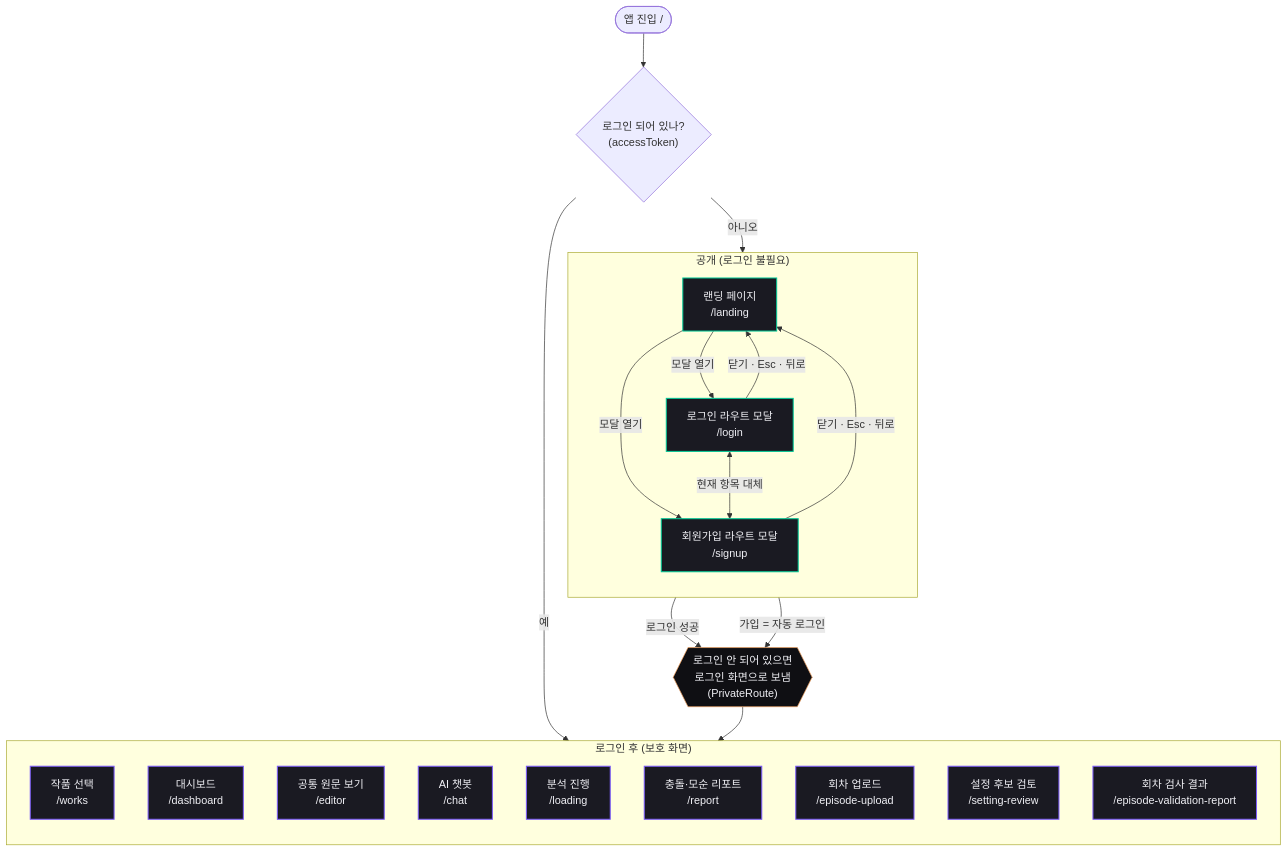
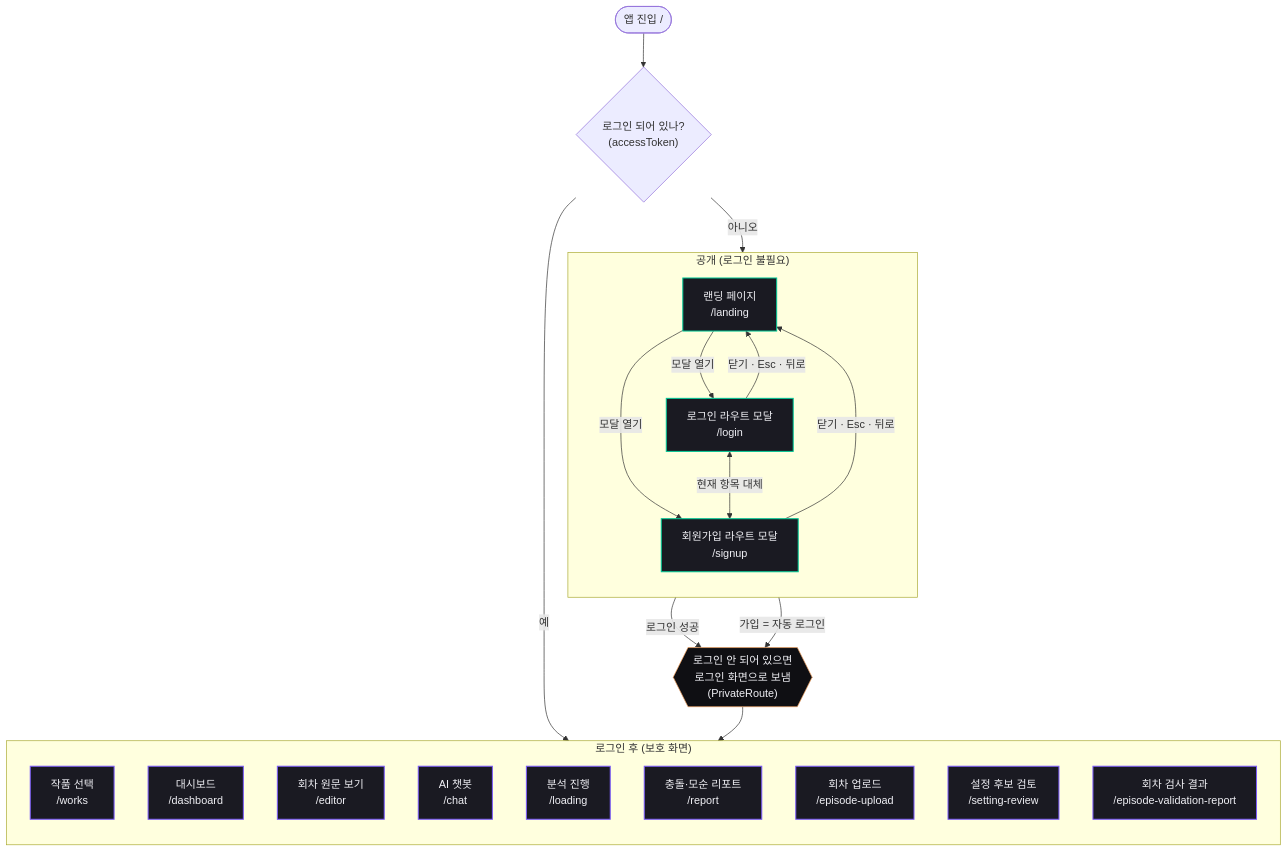
Before and after one commit to catchhole-soma/catchhole-front: the second of 7 diagrams in docs/screen-flow.md, drawn with Mermaid. The commit also changed other lines of this file and 11 other files, not shown here.

````diff
--- a/docs/screen-flow.md
+++ b/docs/screen-flow.md
@@ -70,46 +70,46 @@
 ```mermaid
 flowchart TD
   entry(["앱 진입 /"]) --> root{"로그인 되어 있나?<br/>(accessToken)"}
   root -- "아니오" --> landing
   root -- "예" --> works
 
   subgraph PUBLIC["공개 (로그인 불필요)"]
     direction TB
     landing["랜딩 페이지<br/>/landing"]
     login["로그인 라우트 모달<br/>/login"]
     signup["회원가입 라우트 모달<br/>/signup"]
   end
 
   landing -- "모달 열기" --> login
   landing -- "모달 열기" --> signup
   login <-->|"현재 항목 대체"| signup
   login -- "닫기 · Esc · 뒤로" --> landing
   signup -- "닫기 · Esc · 뒤로" --> landing
 
   login -- "로그인 성공" --> gate
   signup -- "가입 = 자동 로그인" --> gate
 
   gate{{"로그인 안 되어 있으면<br/>로그인 화면으로 보냄<br/>(PrivateRoute)"}}:::decision
 
   subgraph PRIVATE["로그인 후 (보호 화면)"]
     direction TB
     works["작품 선택<br/>/works"]
     dashboard["대시보드<br/>/dashboard"]
-    editor["공통 원문 보기<br/>/editor"]
+    editor["회차 원문 보기<br/>/editor"]
     chat["AI 챗봇<br/>/chat"]
     loading["분석 진행<br/>/loading"]
     report["충돌·모순 리포트<br/>/report"]
     upload["회차 업로드<br/>/episode-upload"]
     review["설정 후보 검토<br/>/setting-review"]
     valreport["회차 검사 결과<br/>/episode-validation-report"]
   end
 
   gate --> works
 
   classDef public fill:#1A1A22,stroke:#00C896,stroke-width:1.5px,color:#F0F0F5;
   classDef private fill:#1A1A22,stroke:#7C5CFC,stroke-width:1.5px,color:#F0F0F5;
   classDef decision fill:#0F0F13,stroke:#F4A261,color:#F0F0F5;
 
   class landing,login,signup public;
   class works,dashboard,editor,chat,loading,report,upload,review,valreport private;
 ```
````
